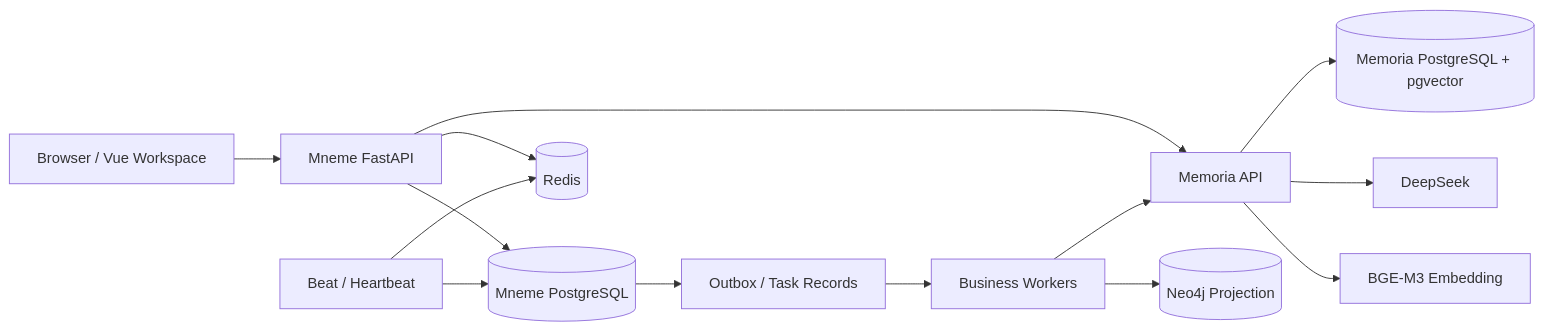
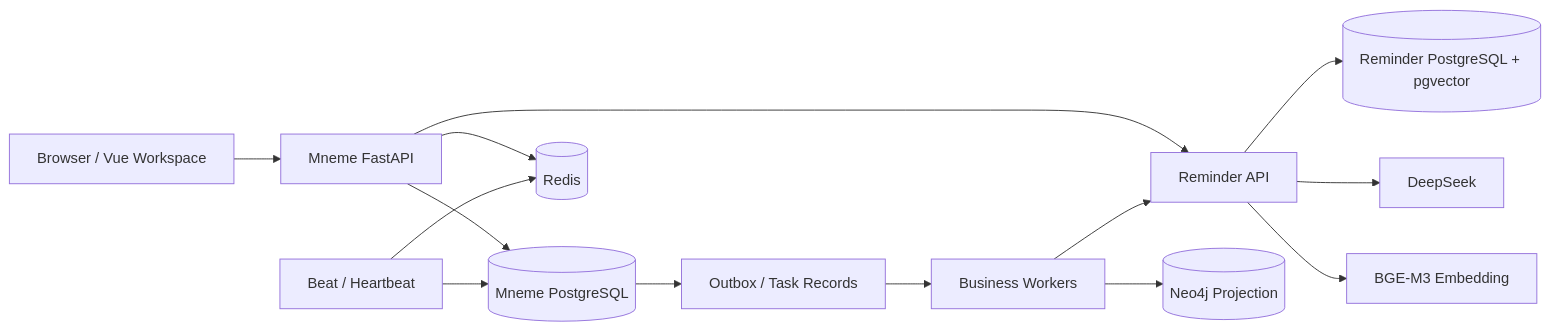
The diagram in README.md (pretextQ/Reminder), drawn with Mermaid before and after one commit. The commit also changed other lines of this file, not shown here.

Commit message:
docs(readme): use Reminder as the display name

````diff
--- a/README.md
+++ b/README.md
@@ -63,16 +63,16 @@
 ```mermaid
 flowchart LR
     U["Browser / Vue Workspace"] --> A["Mneme FastAPI"]
     A --> P[("Mneme PostgreSQL")]
     A --> R[("Redis")]
-    A --> M["Memoria API"]
+    A --> M["Reminder API"]
     P --> O["Outbox / Task Records"]
     O --> W["Business Workers"]
     W --> M
     W --> N[("Neo4j Projection")]
-    M --> MP[("Memoria PostgreSQL + pgvector")]
+    M --> MP[("Reminder PostgreSQL + pgvector")]
     M --> D["DeepSeek"]
     M --> E["BGE-M3 Embedding"]
     B["Beat / Heartbeat"] --> R
     B --> P
 ```
````
